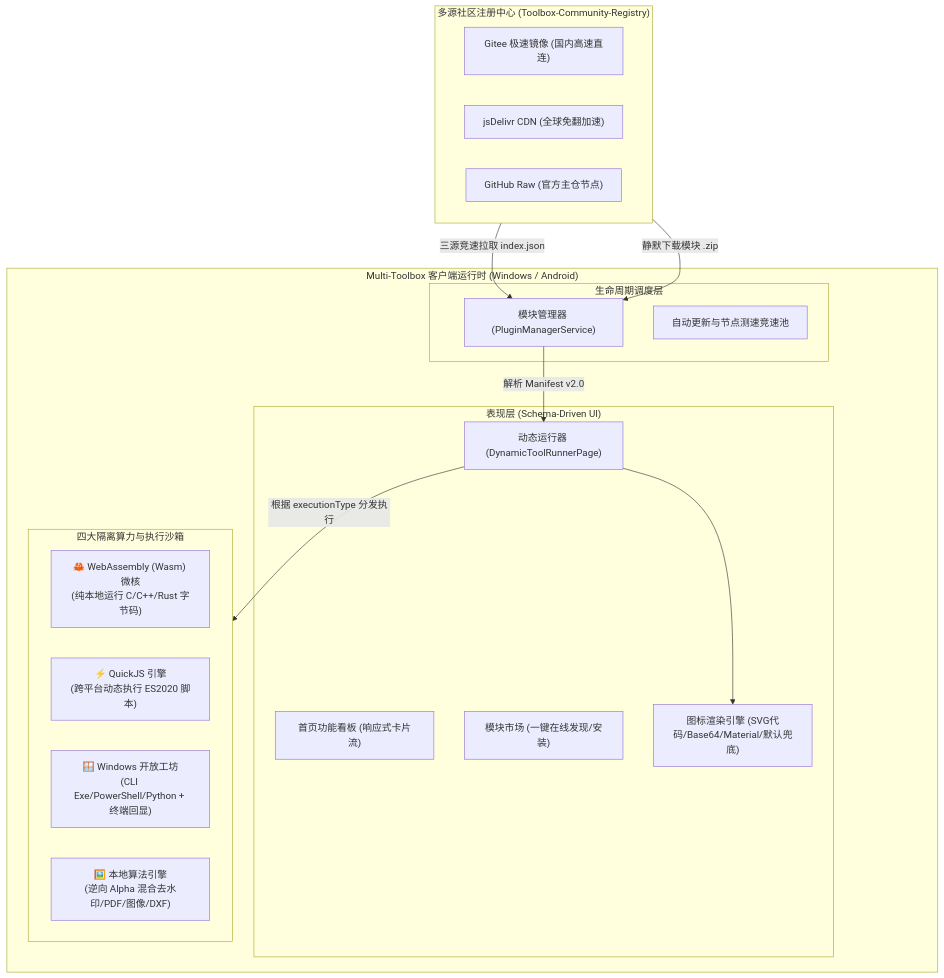
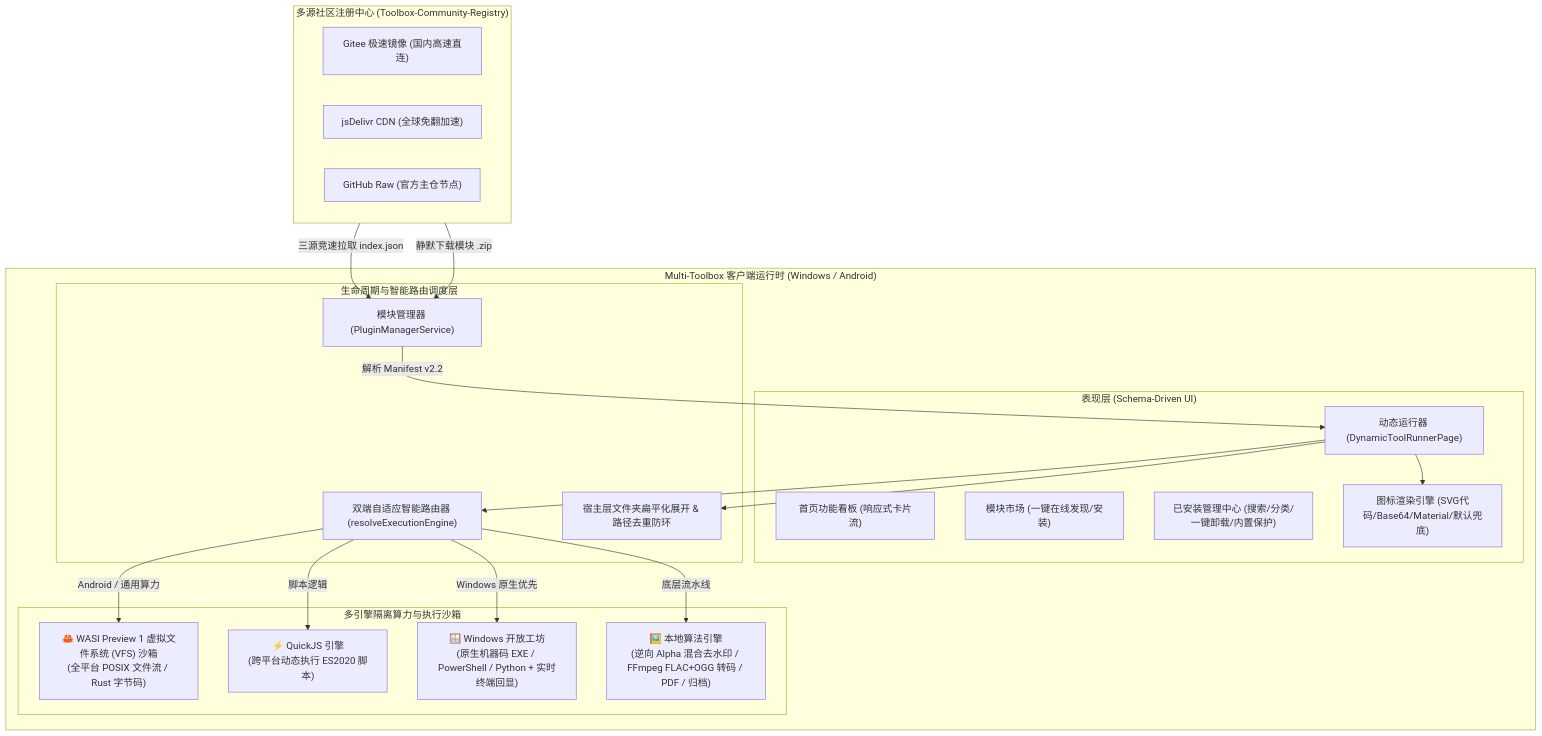
Before and after one commit to SuJiuOvO/Toolbox-Community-Registry: the first of 2 diagrams in docs/PLUGIN_DEVELOPMENT_GUIDE.md, drawn with Mermaid. The commit also changed other lines of this file and 23 other files, not shown here.

````diff
--- a/docs/PLUGIN_DEVELOPMENT_GUIDE.md
+++ b/docs/PLUGIN_DEVELOPMENT_GUIDE.md
@@ -35,35 +39,46 @@
 ```mermaid
 flowchart TD
     subgraph Registry["多源社区注册中心 (Toolbox-Community-Registry)"]
         Gitee["Gitee 极速镜像 (国内高速直连)"]
         JsDelivr["jsDelivr CDN (全球免翻加速)"]
         GitHub["GitHub Raw (官方主仓节点)"]
     end
 
     subgraph Client["Multi-Toolbox 客户端运行时 (Windows / Android)"]
         subgraph UI["表现层 (Schema-Driven UI)"]
             Home["首页功能看板 (响应式卡片流)"]
             Store["模块市场 (一键在线发现/安装)"]
+            Mgr["已安装管理中心 (搜索/分类/一键卸载/内置保护)"]
             Runner["动态运行器 (DynamicToolRunnerPage)"]
             IconSys["图标渲染引擎 (SVG代码/Base64/Material/默认兜底)"]
         end
 
-        subgraph Core["生命周期调度层"]
+        subgraph Core["生命周期与智能路由调度层"]
             PM["模块管理器 (PluginManagerService)"]
-            Update["自动更新与节点测速竞速池"]
+            EngineRouter["双端自适应智能路由器 (resolveExecutionEngine)"]
+            FolderFlatten["宿主层文件夹扁平化展开 & 路径去重防环"]
         end
 
-        subgraph Runtimes["四大隔离算力与执行沙箱"]
-            WasmRuntime["🦀 WebAssembly (Wasm) 微核\n(纯本地运行 C/C++/Rust 字节码)"]
-            JsRuntime["⚡ QuickJS 引擎\n(跨平台动态执行 ES2020 脚本)"]
-            WinRuntime["🪟 Windows 开放工坊\n(CLI Exe/PowerShell/Python + 终端回显)"]
-            NativePipeline["🖼️ 本地算法引擎\n(逆向 Alpha 混合去水印/PDF/图像/DXF)"]
+        subgraph Runtimes["多引擎隔离算力与执行沙箱"]
+            WasmVfs["🦀 WASI Preview 1 虚拟文件系统 (VFS) 沙箱
+(全平台 POSIX 文件流 / Rust 字节码)"]
+            JsRuntime["⚡ QuickJS 引擎
+(跨平台动态执行 ES2020 脚本)"]
+            WinRuntime["🪟 Windows 开放工坊
+(原生机器码 EXE / PowerShell / Python + 实时终端回显)"]
+            NativePipeline["🖼️ 本地算法引擎
+(逆向 Alpha 混合去水印 / FFmpeg FLAC+OGG 转码 / PDF / 归档)"]
         end
     end
 
     Registry -->|三源竞速拉取 index.json| PM
     Registry -->|静默下载模块 .zip| PM
-    PM -->|解析 Manifest v2.0| Runner
-    Runner -->|根据 executionType 分发执行| Runtimes
+    PM -->|解析 Manifest v2.2| Runner
+    Runner --> EngineRouter
+    EngineRouter -->|Windows 原生优先| WinRuntime
+    EngineRouter -->|Android / 通用算力| WasmVfs
+    EngineRouter -->|脚本逻辑| JsRuntime
+    EngineRouter -->|底层流水线| NativePipeline
     Runner --> IconSys
+    Runner --> FolderFlatten
 ```
````
